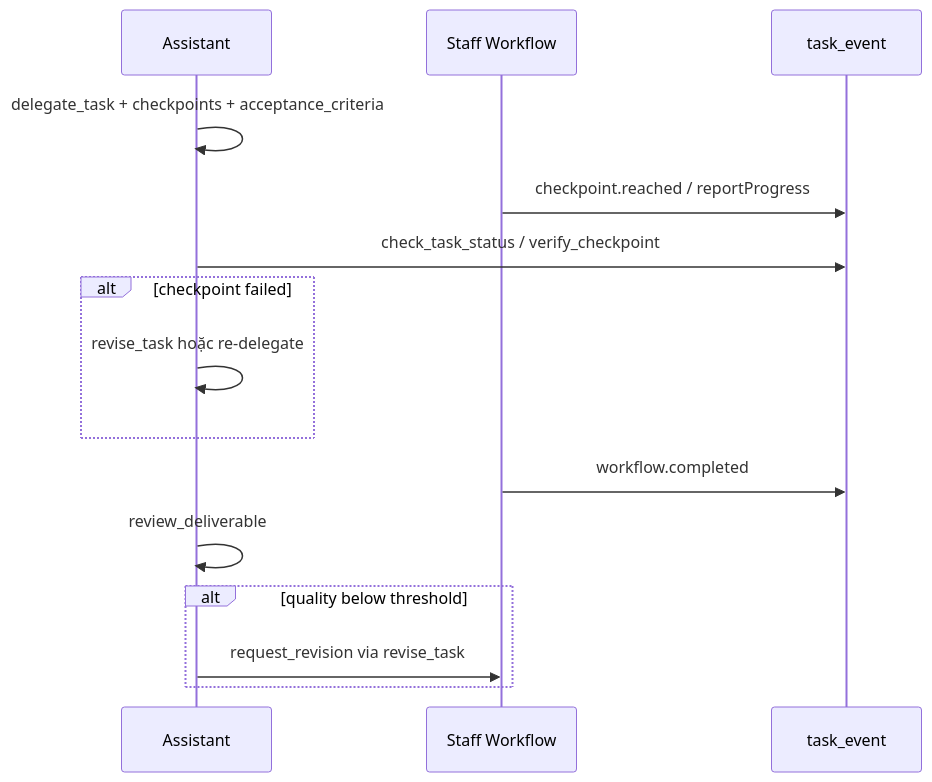
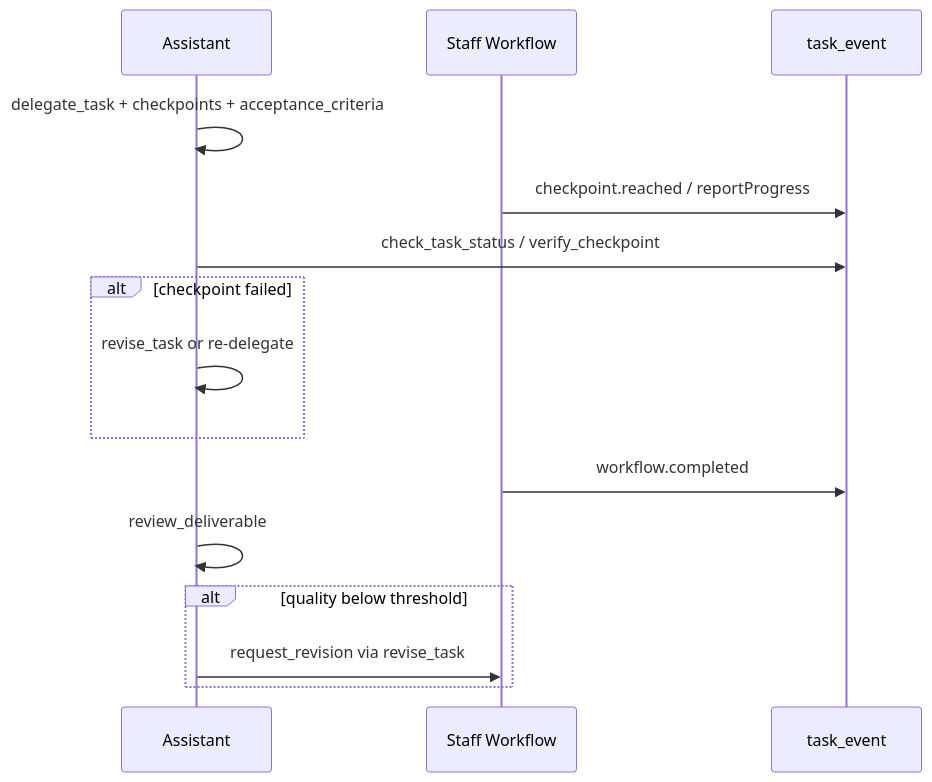
The third of 6 diagrams in docs/AGENT-SYSTEM.md (tihado/nex-staff), drawn with Mermaid before and after one commit. The commit also changed other lines of this file and 11 other files, not shown here.

````diff
--- a/docs/AGENT-SYSTEM.md
+++ b/docs/AGENT-SYSTEM.md
@@ -216,18 +216,18 @@
 ```mermaid
 sequenceDiagram
     participant A as Assistant
     participant W as Staff Workflow
     participant DB as task_event
 
     A->>A: delegate_task + checkpoints + acceptance_criteria
     W->>DB: checkpoint.reached / reportProgress
     A->>DB: check_task_status / verify_checkpoint
     alt checkpoint failed
-        A->>A: revise_task hoặc re-delegate
+        A->>A: revise_task or re-delegate
     end
     W->>DB: workflow.completed
     A->>A: review_deliverable
     alt quality below threshold
         A->>W: request_revision via revise_task
     end
 ```
````
